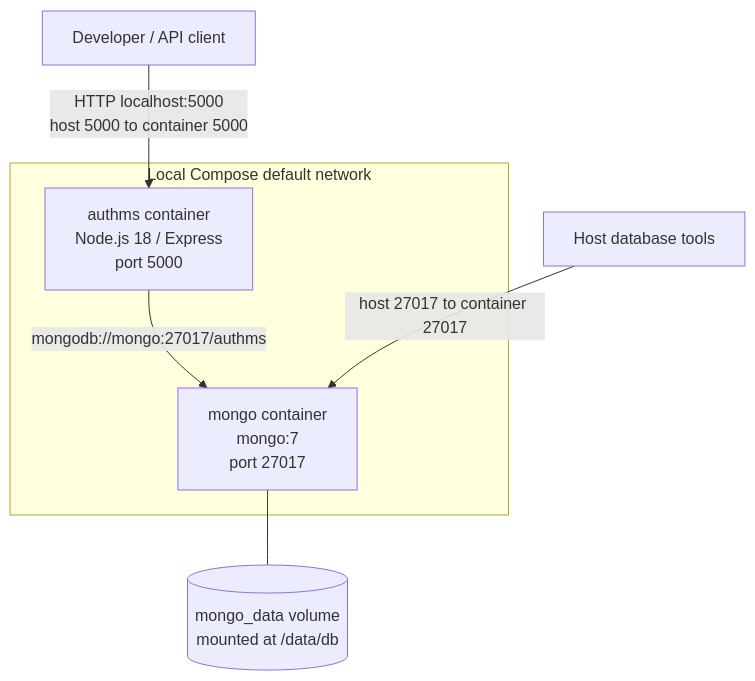
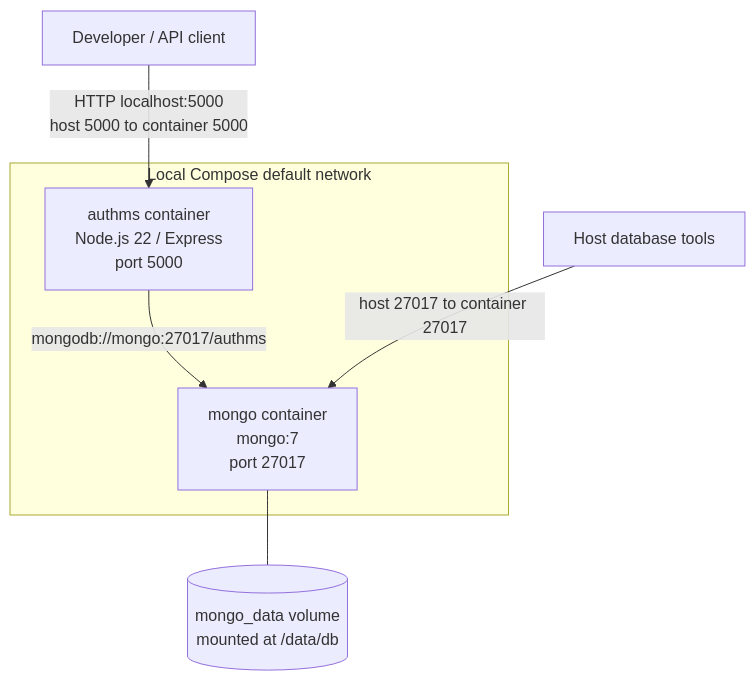
The first of 3 diagrams in docs/architecture/deployment.md (amin-newcastle/authMS), drawn with Mermaid before and after one commit. The commit also changed other lines of this file and 12 other files, not shown here.

````diff
--- a/docs/architecture/deployment.md
+++ b/docs/architecture/deployment.md
@@ -36,14 +36,14 @@
 ```mermaid
 flowchart TD
     client["Developer / API client"]
     tools["Host database tools"]
     subgraph compose["Local Compose default network"]
-        auth["authms container<br/>Node.js 18 / Express<br/>port 5000"]
+        auth["authms container<br/>Node.js 22 / Express<br/>port 5000"]
         mongo["mongo container<br/>mongo:7<br/>port 27017"]
         auth -->|"mongodb://mongo:27017/authms"| mongo
     end
     volume[("mongo_data volume<br/>mounted at /data/db")]
     client -->|"HTTP localhost:5000<br/>host 5000 to container 5000"| auth
     tools -->|"host 27017 to container 27017"| mongo
     mongo --- volume
 ```
````
